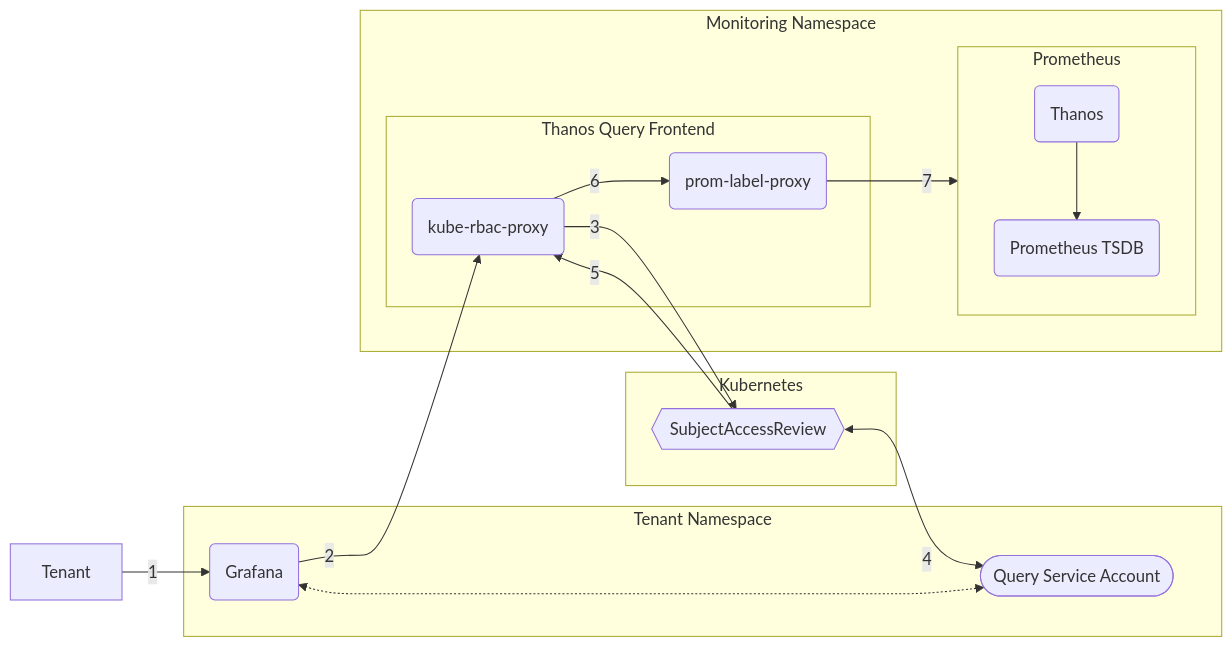
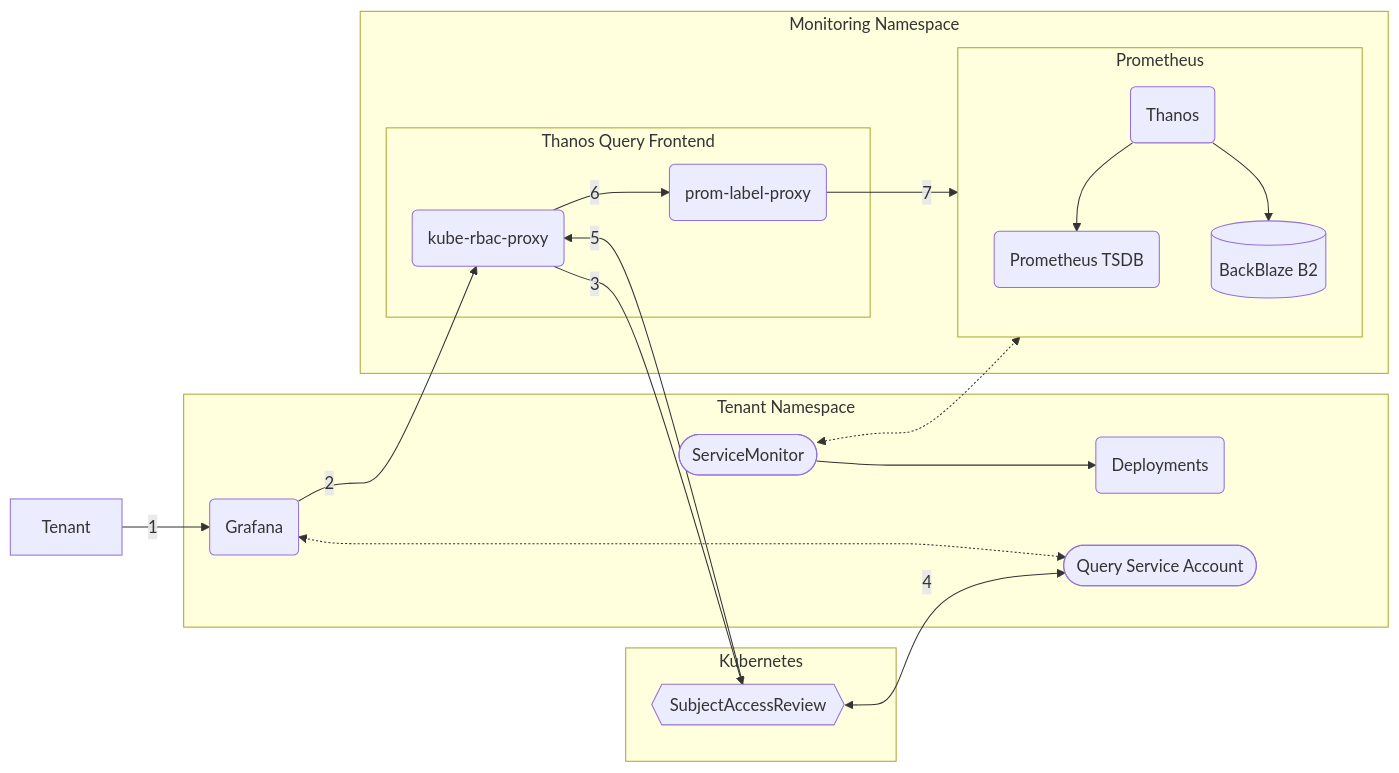
The diagram in docs/observability/metrics/Prometheus.md (konstfish/shoal), drawn with Mermaid before and after one commit. The commit also changed other lines of this file and 2 other files, not shown here.

Commit message:
feat(docs): add loki diagram

````diff
--- a/docs/observability/metrics/Prometheus.md
+++ b/docs/observability/metrics/Prometheus.md
@@ -10,22 +12,25 @@
 ```mermaid
 flowchart LR
     A[Tenant] -->|1| grafana(Grafana)
     subgraph Tenant Namespace
+    sm([ServiceMonitor]) --> dep(Deployments)
     qsa([Query Service Account]) <-.-> grafana
     end
+    sm <-.-> Prometheus
     subgraph Monitoring Namespace
     subgraph Thanos Query Frontend
     grafana -->|2| krp(kube-rbac-proxy)
     krp -->|6| plp(prom-label-proxy)
     end
     plp -->|7| Prometheus
     subgraph Prometheus
     thanos(Thanos) --> prom(Prometheus TSDB)
+    thanos --> s3[(BackBlaze B2)]
     end
     end
     subgraph Kubernetes
     krp -->|3| sar{{SubjectAccessReview}}
     sar <-->|4| qsa
     sar -->|5| krp
     end
 ```
````
